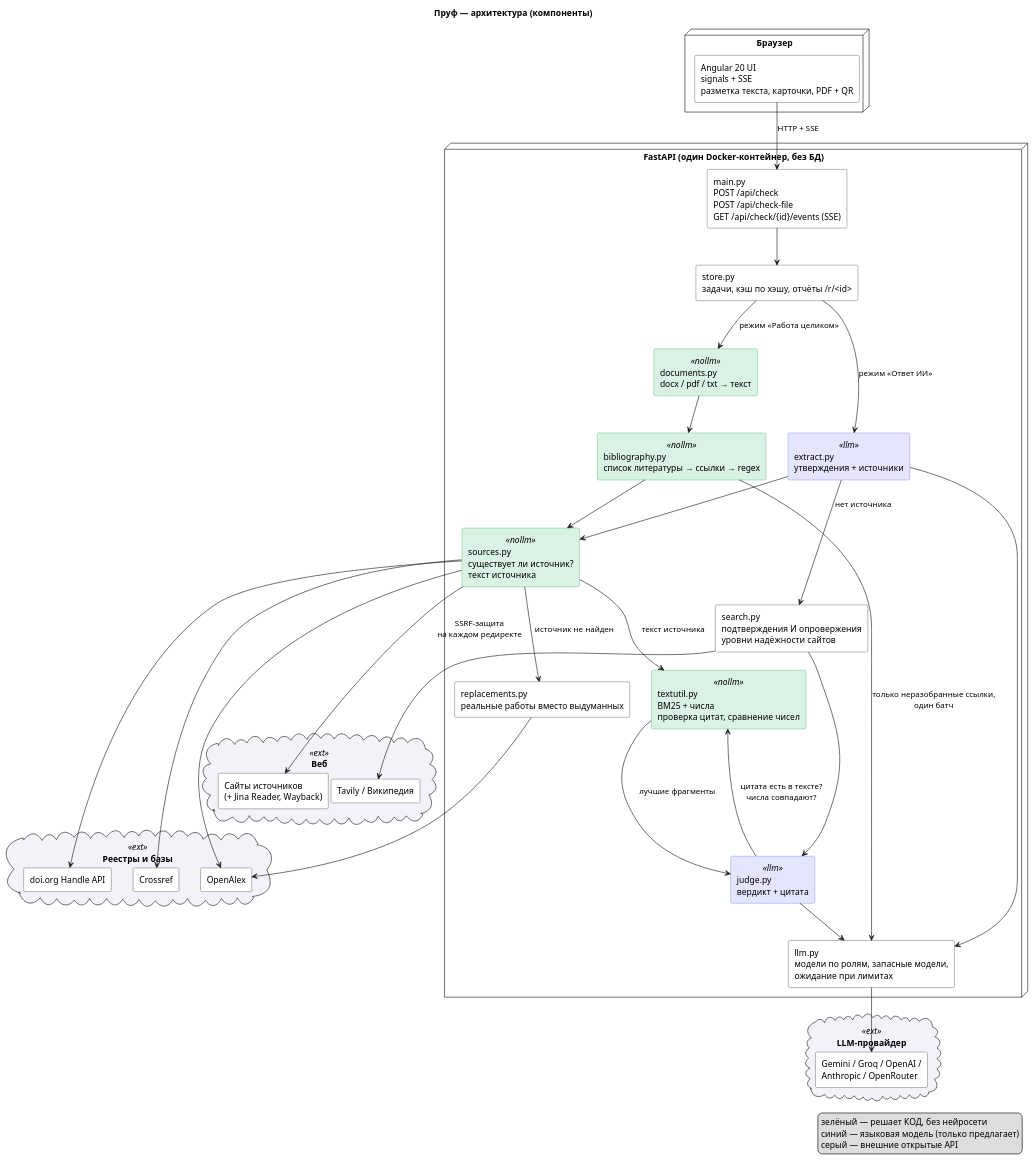
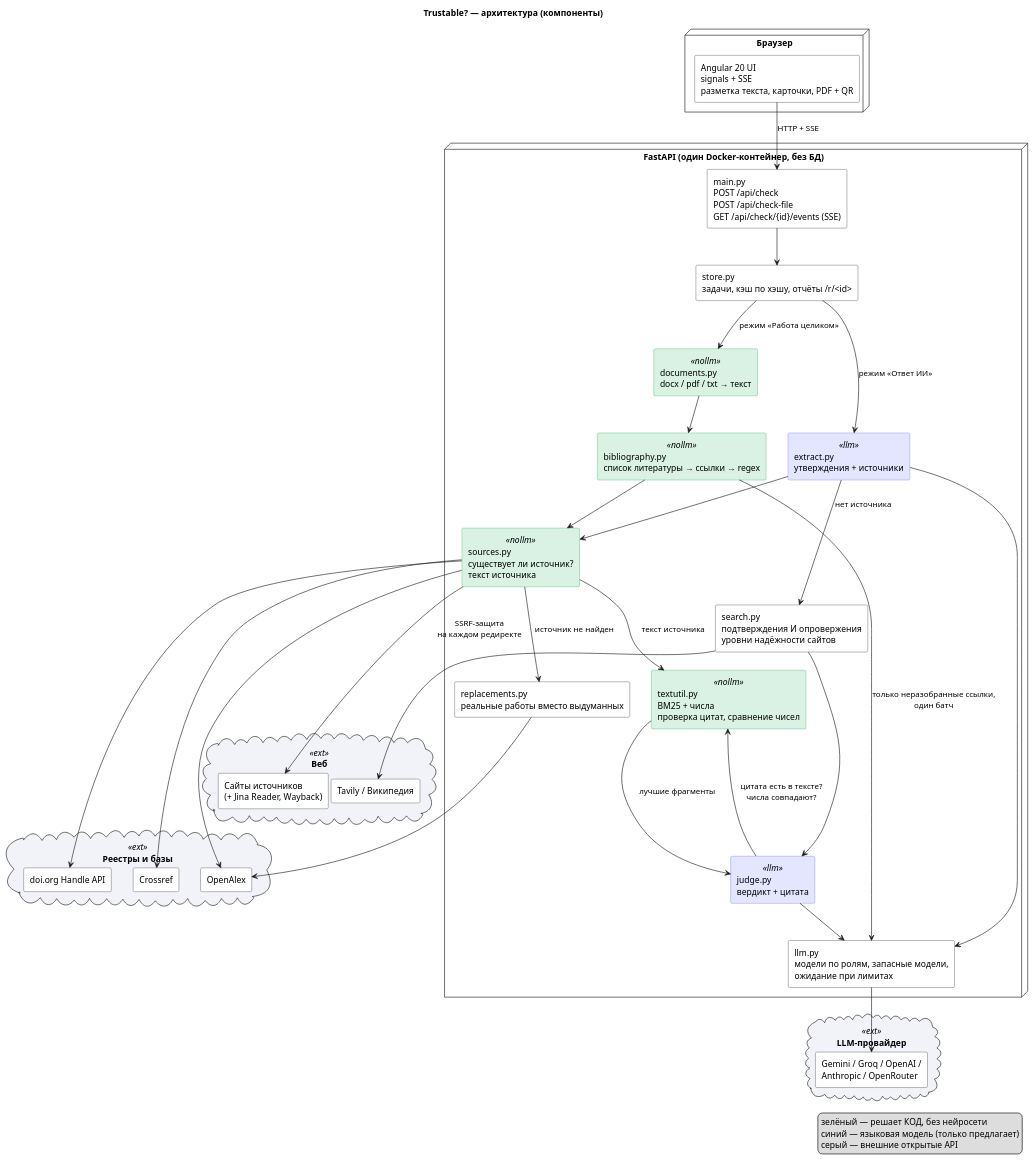
Before and after one commit to nvrrmindd/AITrust: the diagram in docs/uml/2-components.puml, drawn with PlantUML. The commit also changed 15 other files, not shown here.

```diff
--- a/docs/uml/2-components.puml
+++ b/docs/uml/2-components.puml
@@ -1,75 +1,75 @@
 @startuml components
-title Пруф — архитектура (компоненты)
+title Trustable? — архитектура (компоненты)
 skinparam shadowing false
 skinparam componentStyle rectangle
 skinparam component {
   BackgroundColor #FFFFFF
   BackgroundColor<<nollm>> #D9F2E3
   BorderColor<<nollm>> #22A55B
   BackgroundColor<<llm>> #E4E6FF
   BorderColor<<llm>> #5B5BF0
 }
 skinparam cloud {
   BackgroundColor #F1F3F9
 }
 legend right
   зелёный — решает КОД, без нейросети
   синий — языковая модель (только предлагает)
   серый — внешние открытые API
 endlegend
 
 node "Браузер" {
   [Angular 20 UI\nsignals + SSE\nразметка текста, карточки, PDF + QR] as UI
 }
 
 node "FastAPI (один Docker-контейнер, без БД)" {
   [main.py\nPOST /api/check\nPOST /api/check-file\nGET /api/check/{id}/events (SSE)] as API
   [store.py\nзадачи, кэш по хэшу, отчёты /r/<id>] as STORE
   [documents.py\ndocx / pdf / txt → текст] as DOCS <<nollm>>
   [bibliography.py\nсписок литературы → ссылки → regex] as BIB <<nollm>>
   [extract.py\nутверждения + источники] as EXT <<llm>>
   [sources.py\nсуществует ли источник?\nтекст источника] as SRC <<nollm>>
   [textutil.py\nBM25 + числа\nпроверка цитат, сравнение чисел] as TXT <<nollm>>
   [judge.py\nвердикт + цитата] as JUDGE <<llm>>
   [search.py\nподтверждения И опровержения\nуровни надёжности сайтов] as SEARCH
   [replacements.py\nреальные работы вместо выдуманных] as REPL
   [llm.py\nмодели по ролям, запасные модели,\nожидание при лимитах] as LLM
 }
 
 cloud "Реестры и базы" <<ext>> {
   [doi.org Handle API] as DOI
   [Crossref] as CR
   [OpenAlex] as OA
 }
 cloud "Веб" <<ext>> {
   [Сайты источников\n(+ Jina Reader, Wayback)] as WEB
   [Tavily / Википедия] as TAV
 }
 cloud "LLM-провайдер" <<ext>> {
   [Gemini / Groq / OpenAI /\nAnthropic / OpenRouter] as PROV
 }
 
 UI --> API : HTTP + SSE
 API --> STORE
 STORE --> EXT : режим «Ответ ИИ»
 STORE --> DOCS : режим «Работа целиком»
 DOCS --> BIB
 BIB --> LLM : только неразобранные ссылки,\nодин батч
 EXT --> LLM
 EXT --> SRC
 BIB --> SRC
 SRC --> DOI
 SRC --> CR
 SRC --> OA
 SRC --> WEB : SSRF-защита\nна каждом редиректе
 SRC --> TXT : текст источника
 TXT --> JUDGE : лучшие фрагменты
 JUDGE --> LLM
 JUDGE --> TXT : цитата есть в тексте?\nчисла совпадают?
 EXT --> SEARCH : нет источника
 SEARCH --> TAV
 SEARCH --> JUDGE
 SRC --> REPL : источник не найден
 REPL --> OA
 LLM --> PROV
 @enduml
```
